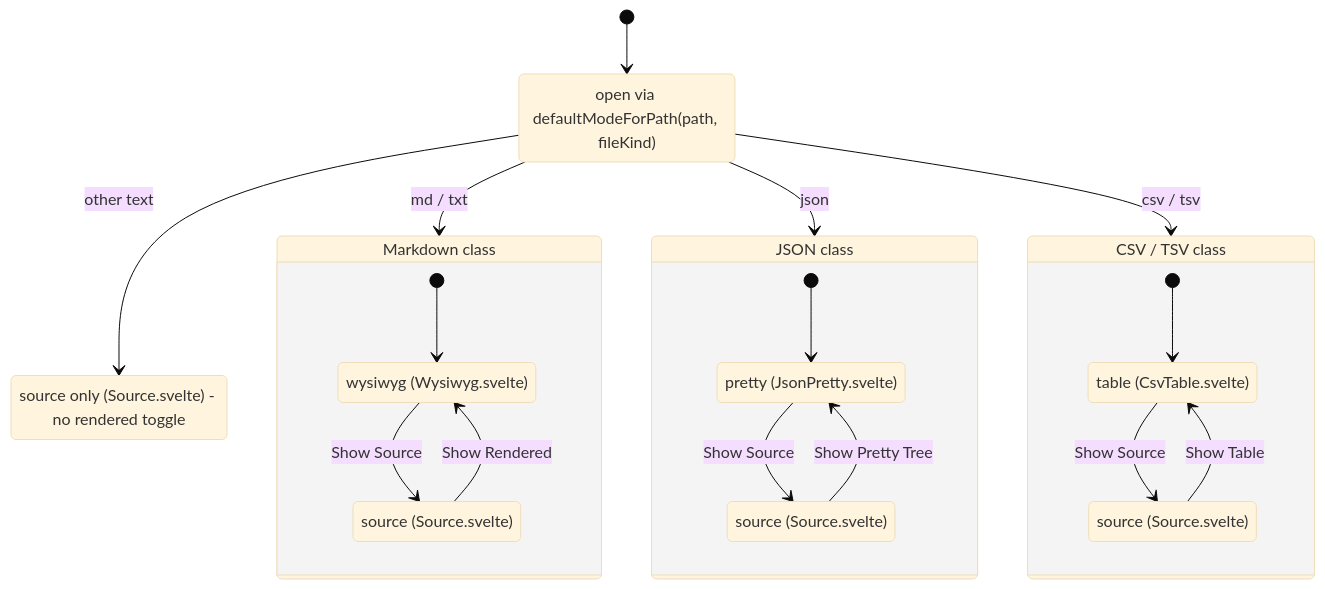
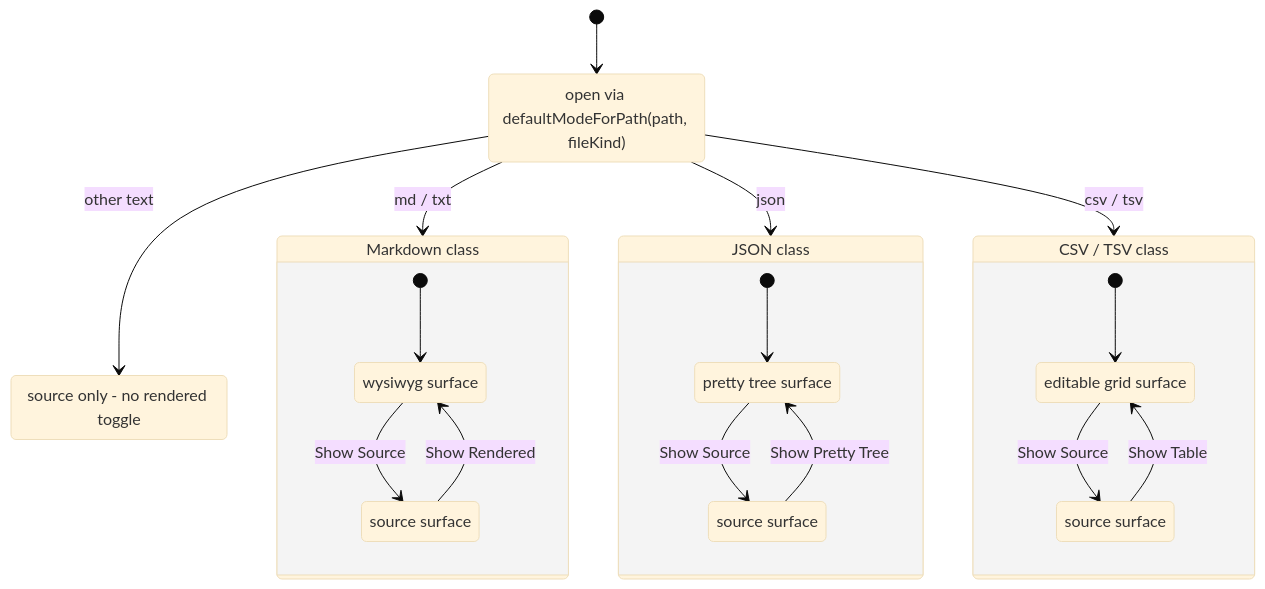
Before and after one commit to likewhatevs/chan: the second of 4 diagrams in web/packages/workspace-app/src/editor/design.md, drawn with Mermaid (base theme). The commit also changed other lines of this file and 20 other files, not shown here.

````diff
--- a/web/packages/workspace-app/src/editor/design.md
+++ b/web/packages/workspace-app/src/editor/design.md
@@ -88,35 +94,35 @@
 ```mermaid
 stateDiagram-v2
     [*] --> pick
     pick: open via defaultModeForPath(path, fileKind)
     pick --> Markdown: md / txt
     pick --> Json: json
     pick --> Csv: csv / tsv
     pick --> Text: other text
 
     state "Markdown class" as Markdown {
         [*] --> wysiwyg
-        wysiwyg: wysiwyg (Wysiwyg.svelte)
-        mdsrc: source (Source.svelte)
+        wysiwyg: wysiwyg surface
+        mdsrc: source surface
         wysiwyg --> mdsrc: Show Source
         mdsrc --> wysiwyg: Show Rendered
     }
 
     state "JSON class" as Json {
         [*] --> pretty
-        pretty: pretty (JsonPretty.svelte)
-        jsonsrc: source (Source.svelte)
+        pretty: pretty tree surface
+        jsonsrc: source surface
         pretty --> jsonsrc: Show Source
         jsonsrc --> pretty: Show Pretty Tree
     }
 
     state "CSV / TSV class" as Csv {
         [*] --> table
-        table: table (CsvTable.svelte)
-        csvsrc: source (Source.svelte)
+        table: editable grid surface
+        csvsrc: source surface
         table --> csvsrc: Show Source
         csvsrc --> table: Show Table
     }
 
-    Text: source only (Source.svelte) - no rendered toggle
+    Text: source only - no rendered toggle
 ```
````
